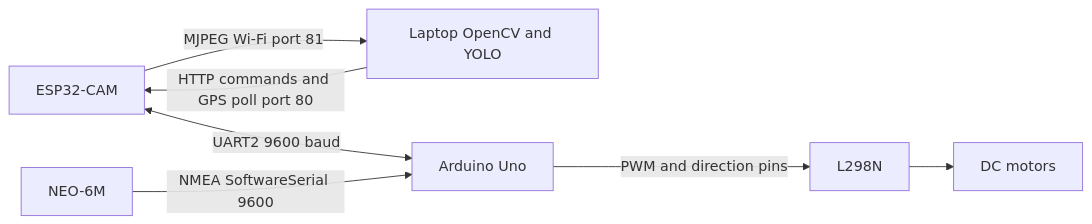
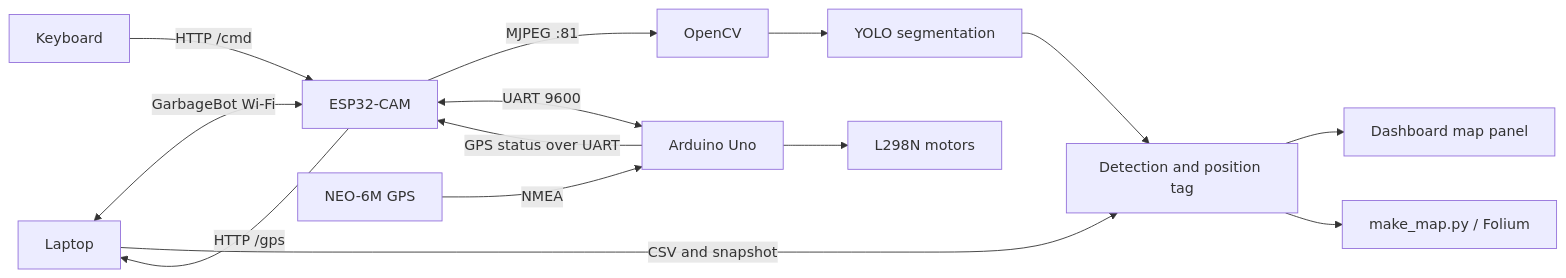
The diagram in README.md (PrateekSingh438/embedded-sys-project-garbage-segmentation-esp32-cam), drawn with Mermaid before and after one commit. The commit also changed other lines of this file and 5 other files, not shown here.

````diff
--- a/README.md
+++ b/README.md
@@ -22,8 +36,16 @@
 ```mermaid
 flowchart LR
- CAM[ESP32-CAM] -->|MJPEG Wi-Fi port 81| PC[Laptop OpenCV and YOLO]
- PC -->|HTTP commands and GPS poll port 80| CAM
- CAM <-->|UART2 9600 baud| UNO[Arduino Uno]
- GPS[NEO-6M] -->|NMEA SoftwareSerial 9600| UNO
- UNO -->|PWM and direction pins| L[L298N] --> M[DC motors]
+  Laptop <-->|GarbageBot Wi-Fi| ESP[ESP32-CAM]
+  ESP -->|MJPEG :81| CV[OpenCV]
+  CV --> YOLO[YOLO segmentation]
+  Keyboard -->|HTTP /cmd| ESP
+  ESP <-->|UART 9600| Uno[Arduino Uno]
+  Uno --> L298N[L298N motors]
+  GPS[NEO-6M GPS] -->|NMEA| Uno
+  Uno -->|GPS status over UART| ESP
+  ESP -->|HTTP /gps| Laptop
+  YOLO --> Record[Detection and position tag]
+  Laptop -->|CSV and snapshot| Record
+  Record --> Panel[Dashboard map panel]
+  Record --> Folium[make_map.py / Folium]
 ```
````
